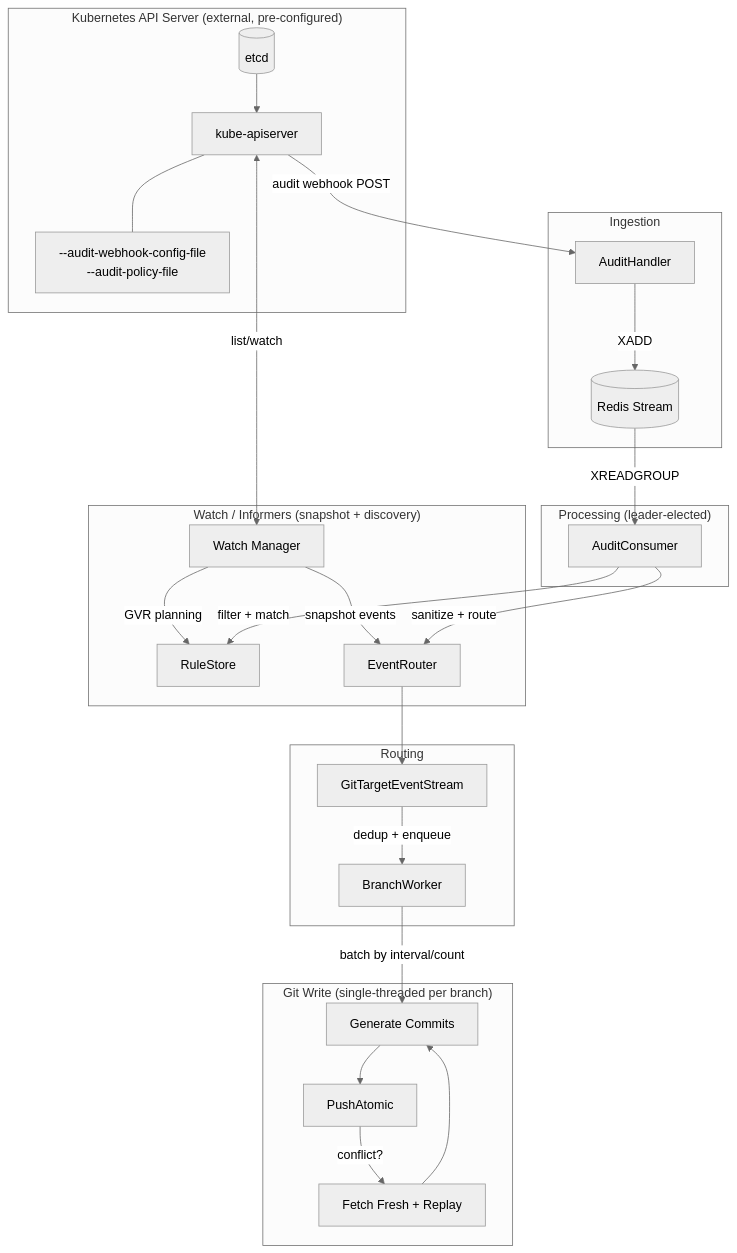
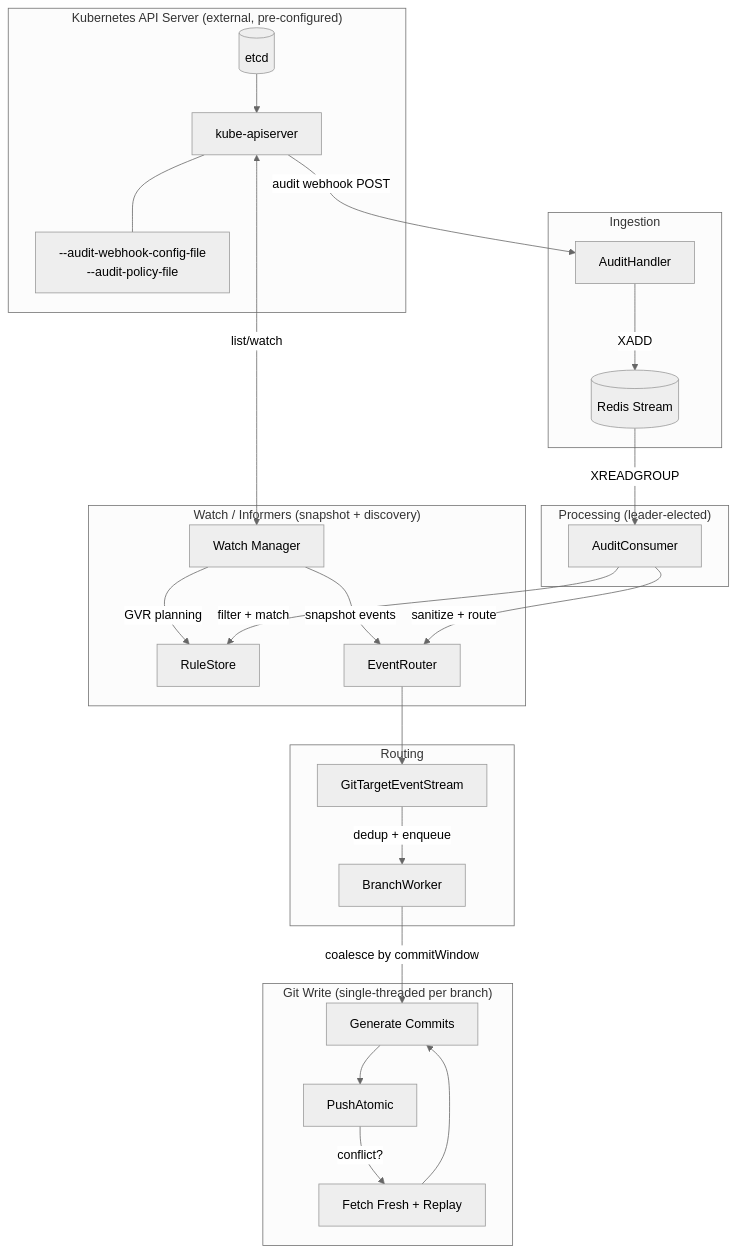
One commit to ConfigButler/gitops-reverser changed the second of 5 diagrams in docs/architecture.md. Above: the diagram before and after it, drawn with Mermaid (neutral theme). The commit also changed other lines of this file and 21 other files, not shown here.

````diff
--- a/docs/architecture.md
+++ b/docs/architecture.md
@@ -164,38 +164,38 @@
 ```mermaid
 flowchart TD
     subgraph "Kubernetes API Server (external, pre-configured)"
         ETCD[(etcd)] --> KAS[kube-apiserver]
         KAS --- AUDIT_CFG["--audit-webhook-config-file\n--audit-policy-file"]
     end
 
     subgraph "Watch / Informers (snapshot + discovery)"
         WM[Watch Manager]
         WM -->|GVR planning| RULE
         WM -->|snapshot events| ER
     end
 
     KAS -->|audit webhook POST| AH
     KAS <-->|list/watch| WM
 
     subgraph Ingestion
         AH[AuditHandler] -->|XADD| RS[(Redis Stream)]
     end
 
     subgraph Processing ["Processing (leader-elected)"]
         RS -->|XREADGROUP| AC[AuditConsumer]
         AC -->|filter + match| RULE[RuleStore]
         AC -->|sanitize + route| ER[EventRouter]
     end
 
     subgraph Routing
         ER --> GTES[GitTargetEventStream]
         GTES -->|dedup + enqueue| BW[BranchWorker]
     end
 
     subgraph "Git Write (single-threaded per branch)"
-        BW -->|batch by interval/count| COMMIT[Generate Commits]
+        BW -->|coalesce by commitWindow| COMMIT[Generate Commits]
         COMMIT --> PUSH[PushAtomic]
         PUSH -->|conflict?| RETRY[Fetch Fresh + Replay]
         RETRY --> COMMIT
     end
 ```
````
